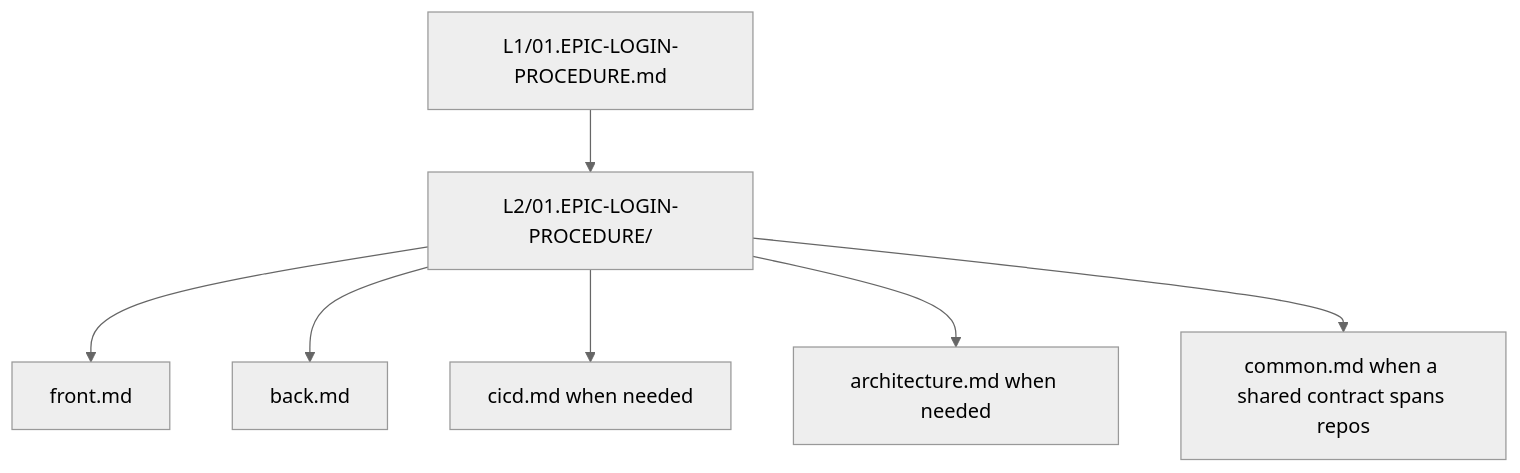
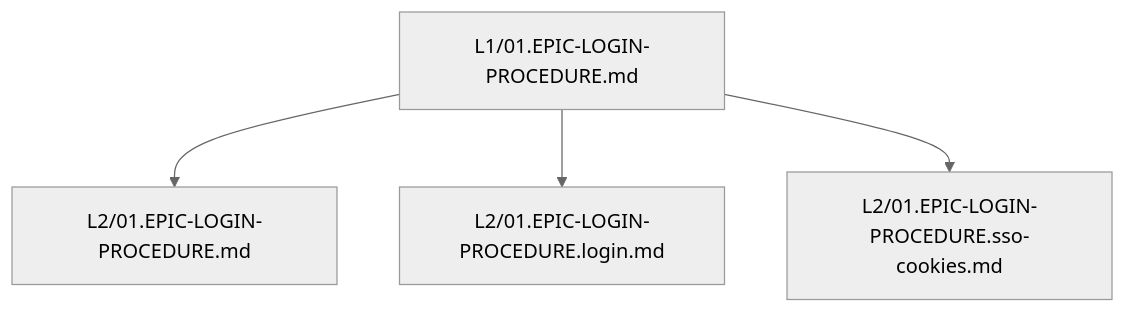
One commit to AdamAntinoo/neocom-meta changed the third of 7 diagrams in PROGRAMME.md. Above: the diagram before and after it, drawn with Mermaid (neutral theme). The commit also changed other lines of this file and 124 other files, not shown here.

````diff
--- a/PROGRAMME.md
+++ b/PROGRAMME.md
@@ -187,9 +194,6 @@
 ```mermaid
 flowchart TD
-  l1["L1/01.EPIC-LOGIN-PROCEDURE.md"] --> dir["L2/01.EPIC-LOGIN-PROCEDURE/"]
-  dir --> front["front.md"]
-  dir --> back["back.md"]
-  dir --> cicd["cicd.md when needed"]
-  dir --> arch["architecture.md when needed"]
-  dir --> common["common.md when a shared contract spans repos"]
+  l1["L1/01.EPIC-LOGIN-PROCEDURE.md"] --> one["L2/01.EPIC-LOGIN-PROCEDURE.md"]
+  l1 --> many["L2/01.EPIC-LOGIN-PROCEDURE.login.md"]
+  l1 --> many2["L2/01.EPIC-LOGIN-PROCEDURE.sso-cookies.md"]
 ```
````
